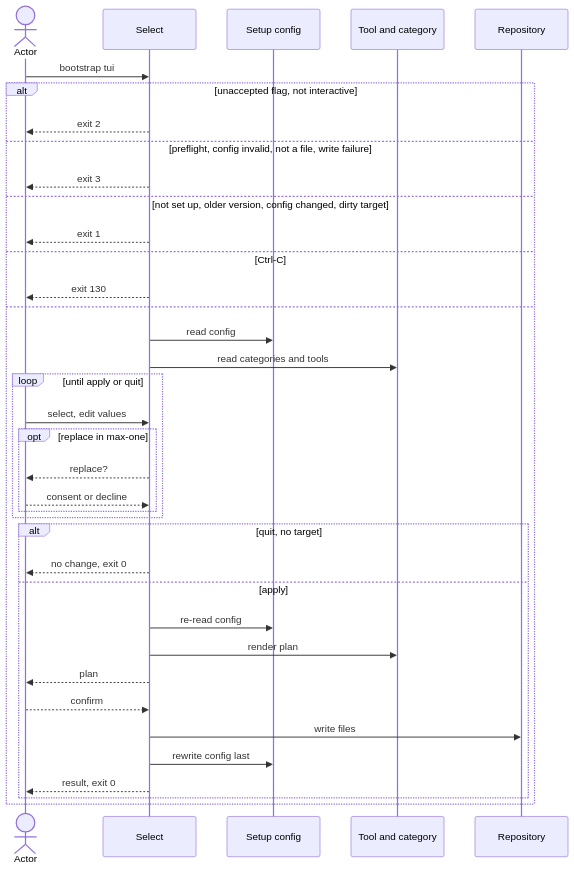
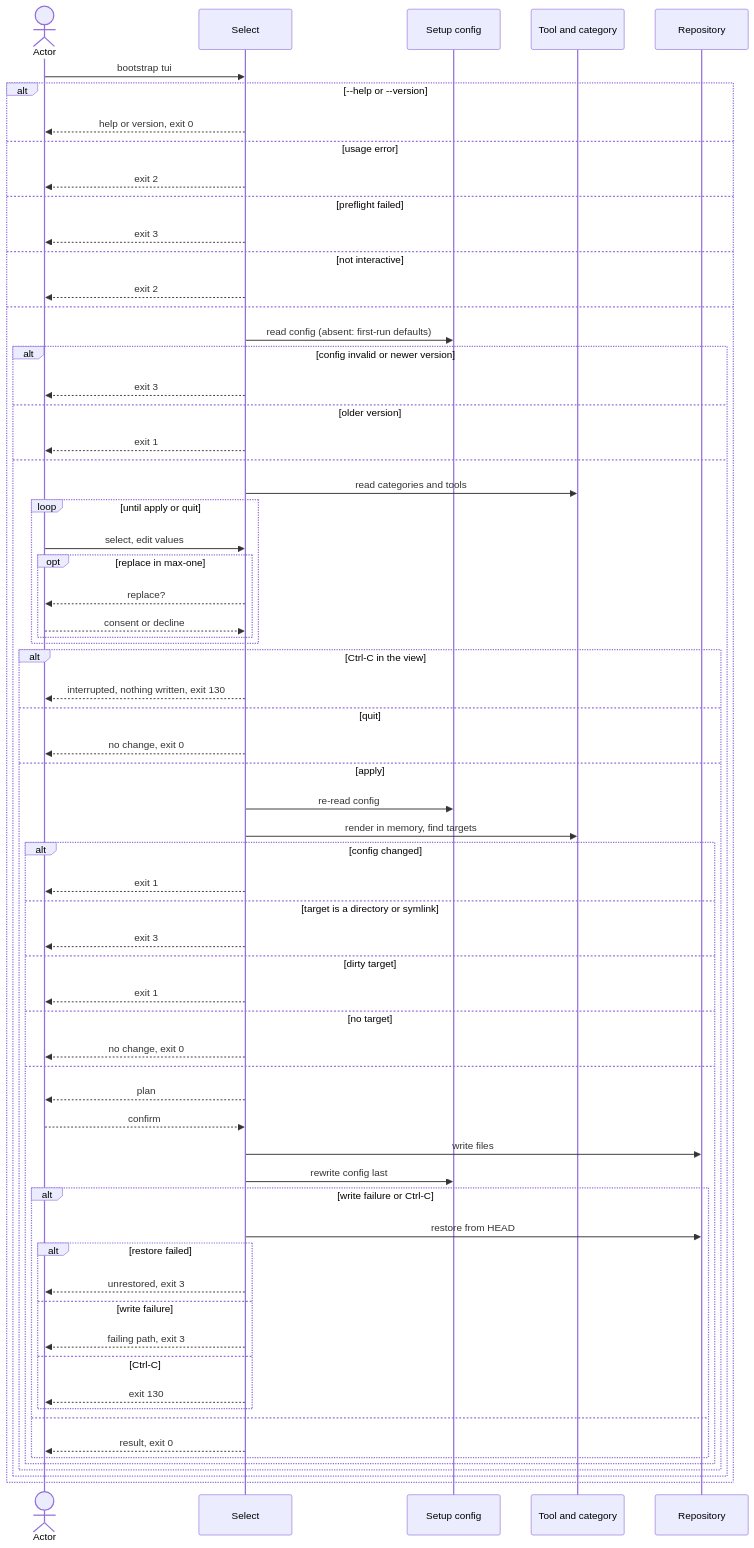
One commit to virajp/bootstrap changed the diagram in docs/blueprint/flows/cli/160-select-tools/index.md. Above: the diagram before and after it, drawn with Mermaid. The commit also changed other lines of this file and 19 other files, not shown here.

````diff
--- a/docs/blueprint/flows/cli/160-select-tools/index.md
+++ b/docs/blueprint/flows/cli/160-select-tools/index.md
@@ -133,39 +131,68 @@
 ```mermaid
 sequenceDiagram
     actor O as Actor
     participant U as Select
     participant C as Setup config
     participant G as Tool and category
     participant R as Repository
     O->>U: bootstrap tui
-    alt unaccepted flag, not interactive
+    alt --help or --version
+        U-->>O: help or version, exit 0
+    else usage error
         U-->>O: exit 2
-    else preflight, config invalid, not a file, write failure
+    else preflight failed
         U-->>O: exit 3
-    else not set up, older version, config changed, dirty target
-        U-->>O: exit 1
-    else Ctrl-C
-        U-->>O: exit 130
+    else not interactive
+        U-->>O: exit 2
     else
-        U->>C: read config
-        U->>G: read categories and tools
-        loop until apply or quit
-            O->>U: select, edit values
-            opt replace in max-one
-                U-->>O: replace?
-                O-->>U: consent or decline
+        U->>C: read config (absent: first-run defaults)
+        alt config invalid or newer version
+            U-->>O: exit 3
+        else older version
+            U-->>O: exit 1
+        else
+            U->>G: read categories and tools
+            loop until apply or quit
+                O->>U: select, edit values
+                opt replace in max-one
+                    U-->>O: replace?
+                    O-->>U: consent or decline
+                end
             end
-        end
-        alt quit, no target
-            U-->>O: no change, exit 0
-        else apply
-            U->>C: re-read config
-            U->>G: render plan
-            U-->>O: plan
-            O-->>U: confirm
-            U->>R: write files
-            U->>C: rewrite config last
-            U-->>O: result, exit 0
+            alt Ctrl-C in the view
+                U-->>O: interrupted, nothing written, exit 130
+            else quit
+                U-->>O: no change, exit 0
+            else apply
+                U->>C: re-read config
+                U->>G: render in memory, find targets
+                alt config changed
+                    U-->>O: exit 1
+                else target is a directory or symlink
+                    U-->>O: exit 3
+                else dirty target
+                    U-->>O: exit 1
+                else no target
+                    U-->>O: no change, exit 0
+                else
+                    U-->>O: plan
+                    O-->>U: confirm
+                    U->>R: write files
+                    U->>C: rewrite config last
+                    alt write failure or Ctrl-C
+                        U->>R: restore from HEAD
+                        alt restore failed
+                            U-->>O: unrestored, exit 3
+                        else write failure
+                            U-->>O: failing path, exit 3
+                        else Ctrl-C
+                            U-->>O: exit 130
+                        end
+                    else
+                        U-->>O: result, exit 0
+                    end
+                end
+            end
         end
     end
 ```
````
